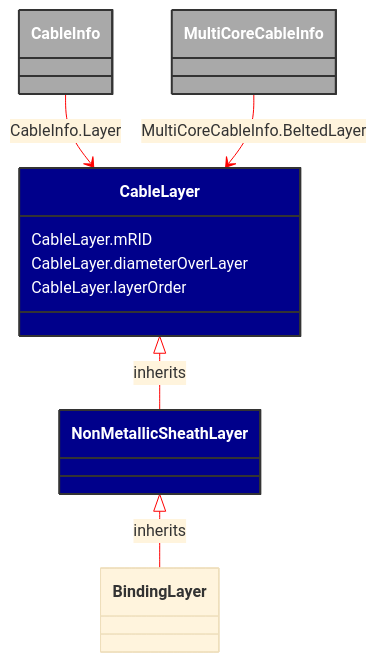
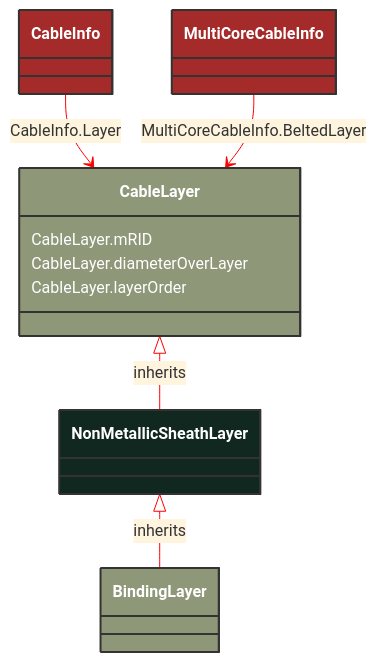
Before and after one commit to 3lbits/NoCIMExtensions: the diagram in docs/Models/Profiles/SubseaCableInfo/ConcreteClasses/NonMetallicSheathLayer.md, drawn with Mermaid. The commit also changed 190 other files, not shown here.

````diff
--- a/docs/Models/Profiles/SubseaCableInfo/ConcreteClasses/NonMetallicSheathLayer.md
+++ b/docs/Models/Profiles/SubseaCableInfo/ConcreteClasses/NonMetallicSheathLayer.md
@@ -8,37 +8,35 @@
 ```mermaid
 %%{init: {'theme':'base','themeVariables': {'lineColor': '#FF0000'}}}%%
 classDiagram
     class NonMetallicSheathLayer
     click NonMetallicSheathLayer href "/Models/Profiles/SubseaCableInfo/ConcreteClasses/NonMetallicSheathLayer/"
-    style NonMetallicSheathLayer fill:#006400,stroke:#333,stroke-width:2px,rx:10,ry:10,color:white
+    style NonMetallicSheathLayer fill:#102820,stroke:#333,stroke-width:2px,rx:10,ry:10,color:white
 
         NonMetallicSheathLayer <|-- BindingLayer : inherits
-            click NonMetallicSheathLayer href "/Models/Profiles/SubseaCableInfo/ConcreteClasses/NonMetallicSheathLayer/"
-            style NonMetallicSheathLayer fill:#00008B,stroke:#333,stroke-width:2px,rx:10,ry:10,color:white
 
         BindingLayer
             click BindingLayer href "/Models/Profiles/SubseaCableInfo/ConcreteClasses/BindingLayer/"
-            style NonMetallicSheathLayer fill:#00008B,stroke:#333,stroke-width:2px,rx:10,ry:10,color:white
-
+            style BindingLayer fill:#8F9779,stroke:#333,stroke-width:2px,rx:10,ry:10,color:white
+     
         CableLayer <|-- NonMetallicSheathLayer : inherits
             click CableLayer href "/Models/Profiles/SubseaCableInfo/AbstractClasses/CableLayer/"
-            style CableLayer fill:#00008B,stroke:#333,stroke-width:2px,rx:10,ry:10,color:white
+            style CableLayer fill:#8F9779,stroke:#333,stroke-width:2px,rx:10,ry:10,color:white
 
 
         CableInfo --> CableLayer : CableInfo.Layer
 
         CableInfo
             click CableInfo href "/Models/Profiles/SubseaCableInfo/ConcreteClasses/CableInfo/"
-            style CableInfo fill:#A9A9A9,stroke:#333,stroke-width:2px,rx:10,ry:10,color:white
+            style CableInfo fill:#A52A2A,stroke:#333,stroke-width:2px,rx:10,ry:10,color:white
 
         MultiCoreCableInfo --> CableLayer : MultiCoreCableInfo.BeltedLayer
 
         MultiCoreCableInfo
             click MultiCoreCableInfo href "/Models/Profiles/SubseaCableInfo/ConcreteClasses/MultiCoreCableInfo/"
-            style MultiCoreCableInfo fill:#A9A9A9,stroke:#333,stroke-width:2px,rx:10,ry:10,color:white
+            style MultiCoreCableInfo fill:#A52A2A,stroke:#333,stroke-width:2px,rx:10,ry:10,color:white
 
 
         CableLayer : CableLayer.mRID
         CableLayer : CableLayer.diameterOverLayer
         CableLayer : CableLayer.layerOrder
 ```
````
